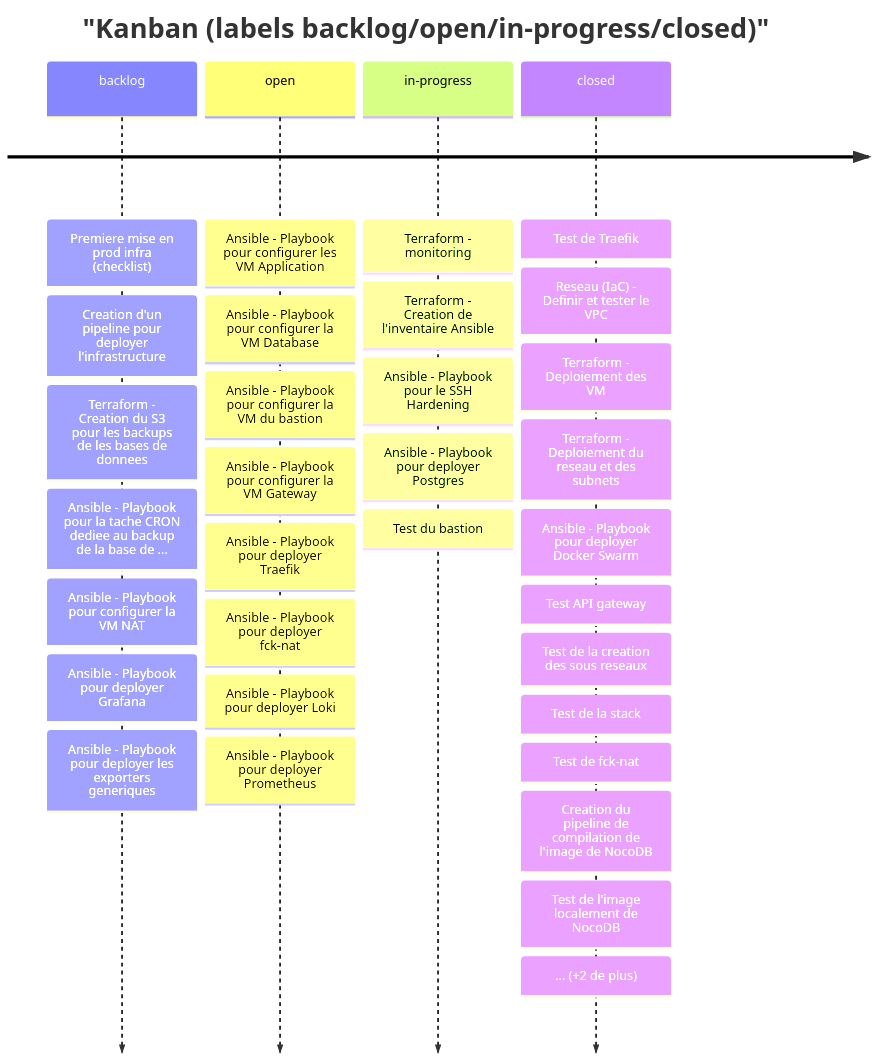
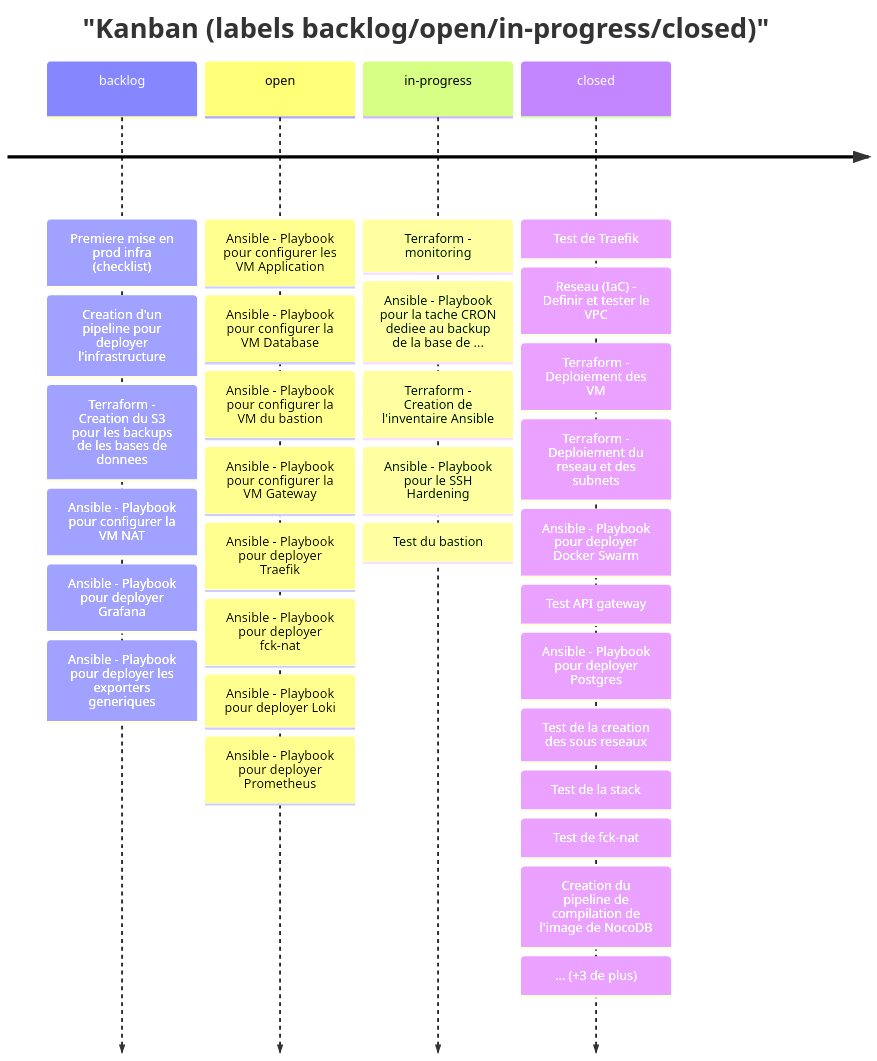
The fourth of 7 diagrams in modules/M45_projet-board-J05.md (Gooseppr/GevOps_LC), drawn with Mermaid before and after one commit. The commit also changed other lines of this file and 4 other files, not shown here.

````diff
--- a/modules/M45_projet-board-J05.md
+++ b/modules/M45_projet-board-J05.md
@@ -63,8 +63,8 @@
 ```mermaid
 timeline
     title "Kanban (labels backlog/open/in-progress/closed)"
-    backlog : Premiere mise en prod infra (checklist) : Creation d'un pipeline pour deployer l'infrastructure : Terraform - Creation du S3 pour les backups de les bases de donnees : Ansible - Playbook pour la tache CRON dediee au backup de la base de ... : Ansible - Playbook pour configurer la VM NAT : Ansible - Playbook pour deployer Grafana : Ansible - Playbook pour deployer les exporters generiques
+    backlog : Premiere mise en prod infra (checklist) : Creation d'un pipeline pour deployer l'infrastructure : Terraform - Creation du S3 pour les backups de les bases de donnees : Ansible - Playbook pour configurer la VM NAT : Ansible - Playbook pour deployer Grafana : Ansible - Playbook pour deployer les exporters generiques
     open : Ansible - Playbook pour configurer les VM Application : Ansible - Playbook pour configurer la VM Database : Ansible - Playbook pour configurer la VM du bastion : Ansible - Playbook pour configurer la VM Gateway : Ansible - Playbook pour deployer Traefik : Ansible - Playbook pour deployer fck-nat : Ansible - Playbook pour deployer Loki : Ansible - Playbook pour deployer Prometheus
-    in-progress : Terraform - monitoring : Terraform - Creation de l'inventaire Ansible : Ansible - Playbook pour le SSH Hardening : Ansible - Playbook pour deployer Postgres : Test du bastion
-    closed : Test de Traefik : Reseau (IaC) - Definir et tester le VPC : Terraform - Deploiement des VM : Terraform - Deploiement du reseau et des subnets : Ansible - Playbook pour deployer Docker Swarm : Test API gateway : Test de la creation des sous reseaux : Test de la stack : Test de fck-nat : Creation du pipeline de compilation de l'image de NocoDB : Test de l'image localement de NocoDB : ... (+2 de plus)
+    in-progress : Terraform - monitoring : Ansible - Playbook pour la tache CRON dediee au backup de la base de ... : Terraform - Creation de l'inventaire Ansible : Ansible - Playbook pour le SSH Hardening : Test du bastion
+    closed : Test de Traefik : Reseau (IaC) - Definir et tester le VPC : Terraform - Deploiement des VM : Terraform - Deploiement du reseau et des subnets : Ansible - Playbook pour deployer Docker Swarm : Test API gateway : Ansible - Playbook pour deployer Postgres : Test de la creation des sous reseaux : Test de la stack : Test de fck-nat : Creation du pipeline de compilation de l'image de NocoDB : ... (+3 de plus)
 ```
````
